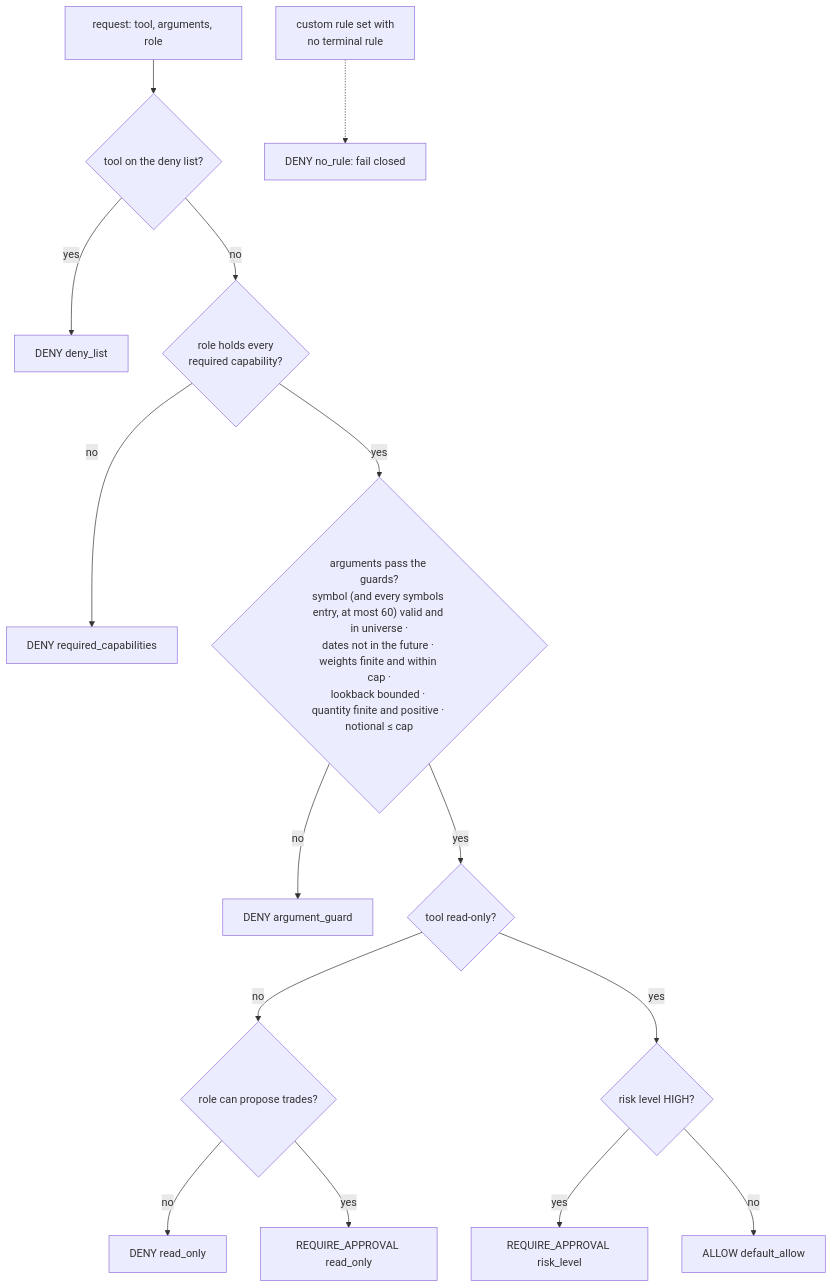
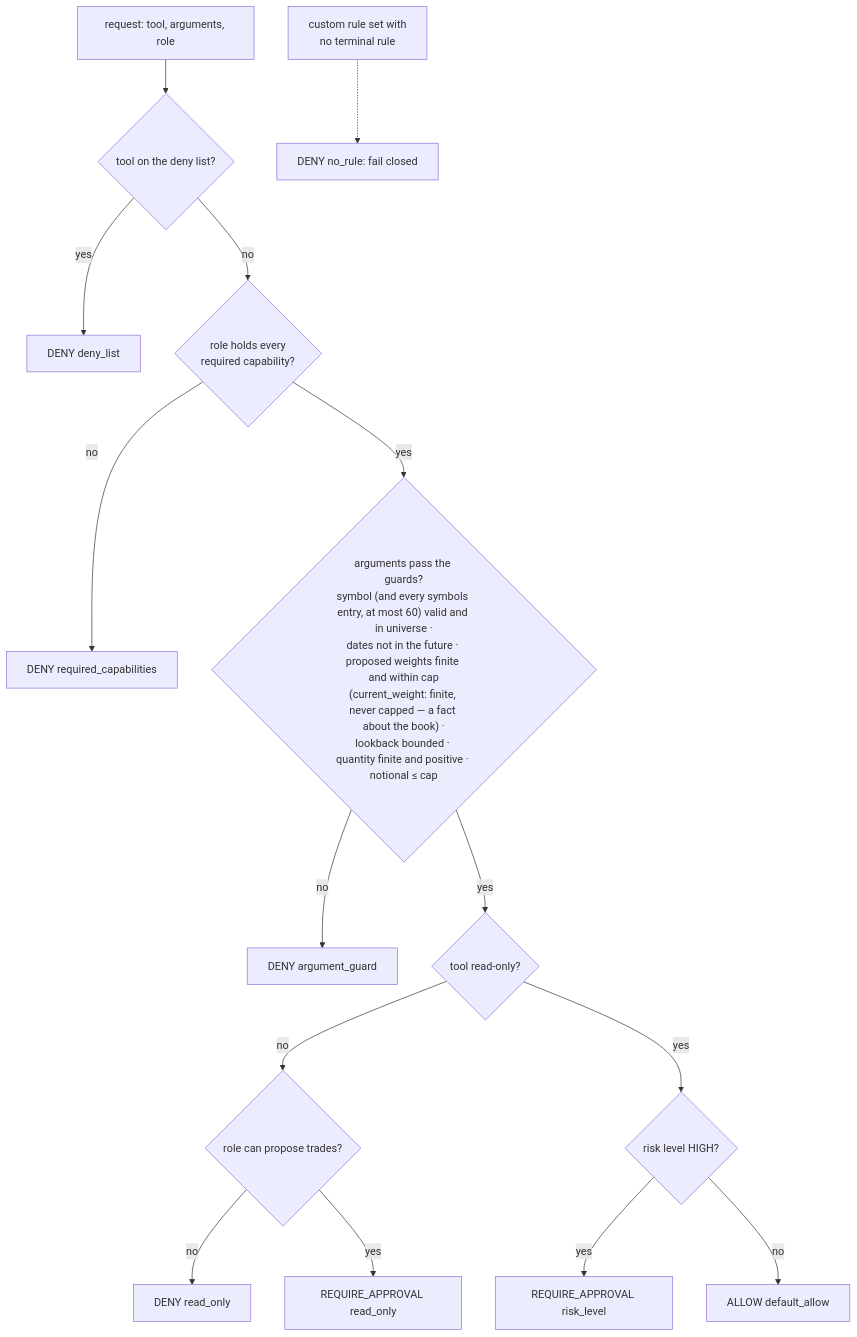
One commit to AshJha0/agentic-trader changed diagram 11 of 30 in docs/DIAGRAMS.md. Above: the diagram before and after it, drawn with Mermaid. The commit also changed other lines of this file and 18 other files, not shown here.

````diff
--- a/docs/DIAGRAMS.md
+++ b/docs/DIAGRAMS.md
@@ -360,17 +360,17 @@
 ```mermaid
 flowchart TD
     R["request: tool, arguments, role"] --> D1{"tool on the deny list?"}
     D1 -- yes --> DENY1[DENY deny_list]
     D1 -- no --> D2{"role holds every<br/>required capability?"}
     D2 -- no --> DENY2[DENY required_capabilities]
-    D2 -- yes --> D4{"arguments pass the guards?<br/>symbol (and every symbols entry, at most 60) valid and in universe ·<br/>dates not in the future · weights finite and within cap ·<br/>lookback bounded · quantity finite and positive · notional ≤ cap"}
+    D2 -- yes --> D4{"arguments pass the guards?<br/>symbol (and every symbols entry, at most 60) valid and in universe ·<br/>dates not in the future · proposed weights finite and within cap<br/>(current_weight: finite, never capped — a fact about the book) ·<br/>lookback bounded · quantity finite and positive · notional ≤ cap"}
     D4 -- no --> DENY4[DENY argument_guard]
     D4 -- yes --> D3{"tool read-only?"}
     D3 -- no --> D3b{"role can propose trades?"}
     D3b -- no --> DENY3[DENY read_only]
     D3b -- yes --> REQ1[REQUIRE_APPROVAL read_only]
     D3 -- yes --> D5{"risk level HIGH?"}
     D5 -- yes --> REQ2[REQUIRE_APPROVAL risk_level]
     D5 -- no --> ALLOW[ALLOW default_allow]
     NR["custom rule set with<br/>no terminal rule"] -.-> DENYN[DENY no_rule: fail closed]
 ```
````
